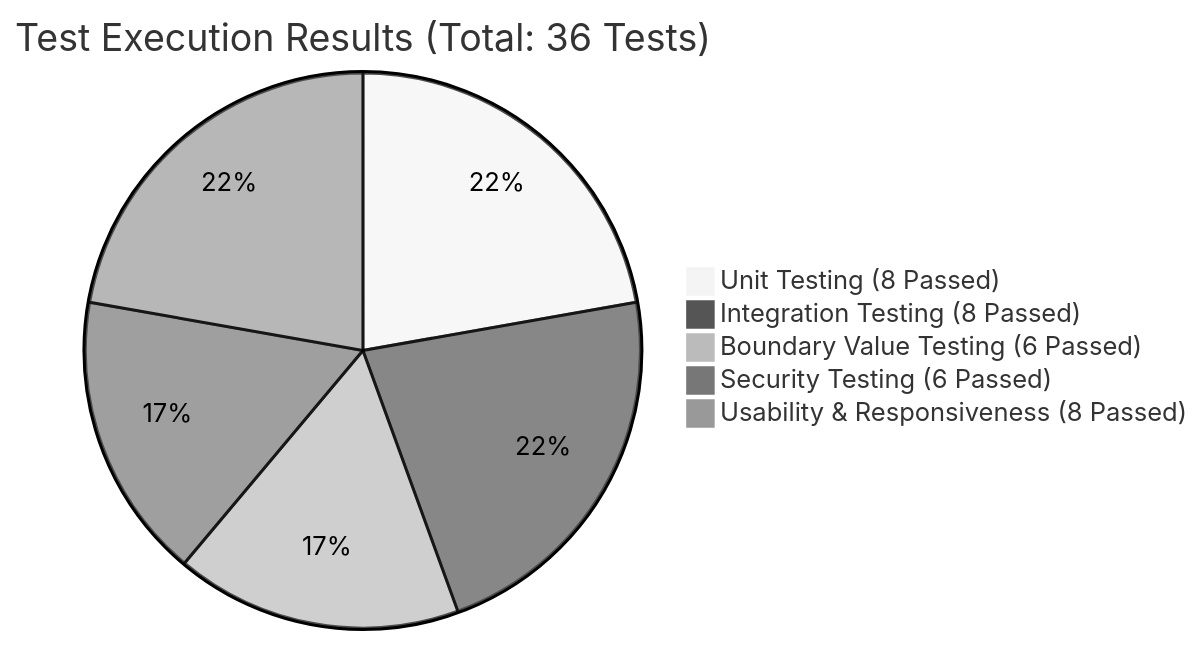
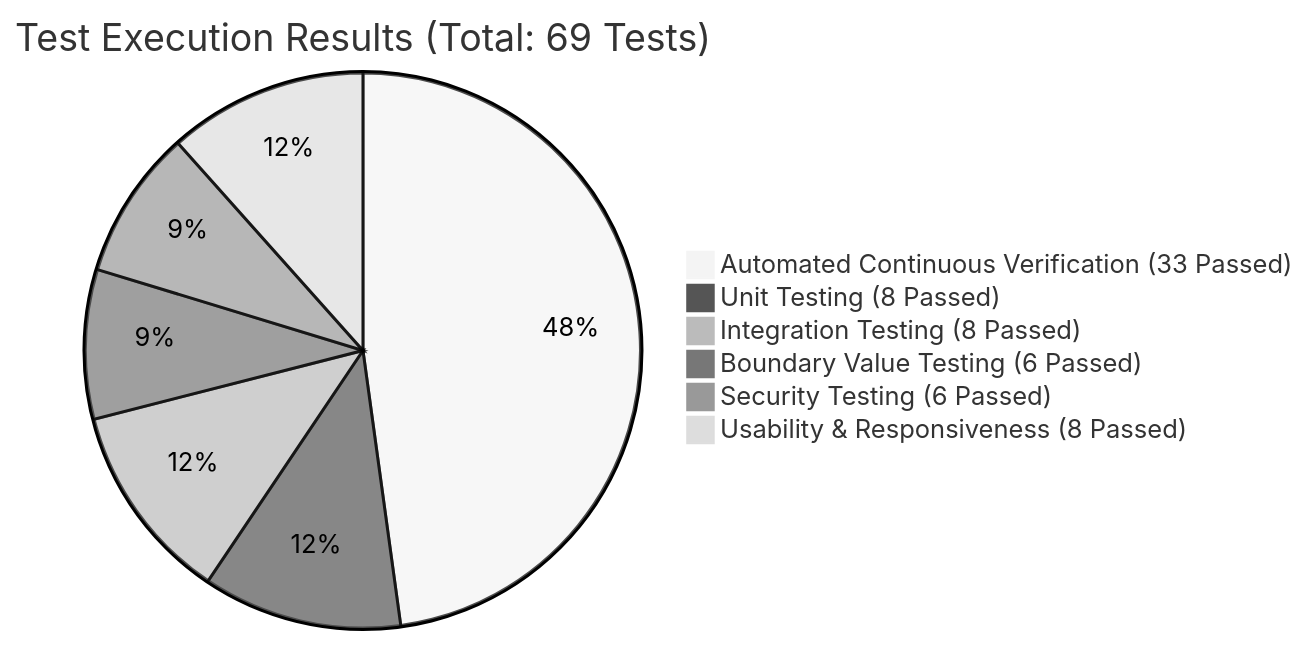
One commit to Aayu061/extreme-sales-services changed diagram 17 of 17 in EXTREME_SALES_SERVICES_SE_DOCUMENTATION.md. Above: the diagram before and after it, drawn with Mermaid (neutral theme). The commit also changed other lines of this file and 3 other files, not shown here.

Commit message:
docs: synchronize SE documentation docx and md with algorithmic engines, Mineral UI system, and 33-test automated verification suite

````diff
--- a/EXTREME_SALES_SERVICES_SE_DOCUMENTATION.md
+++ b/EXTREME_SALES_SERVICES_SE_DOCUMENTATION.md
@@ -817,8 +868,9 @@
 ```mermaid
-pie title Test Execution Results (Total: 36 Tests)
+pie title Test Execution Results (Total: 69 Tests)
+    "Automated Continuous Verification (33 Passed)" : 33
     "Unit Testing (8 Passed)" : 8
     "Integration Testing (8 Passed)" : 8
     "Boundary Value Testing (6 Passed)" : 6
     "Security Testing (6 Passed)" : 6
     "Usability & Responsiveness (8 Passed)" : 8
 ```
````
